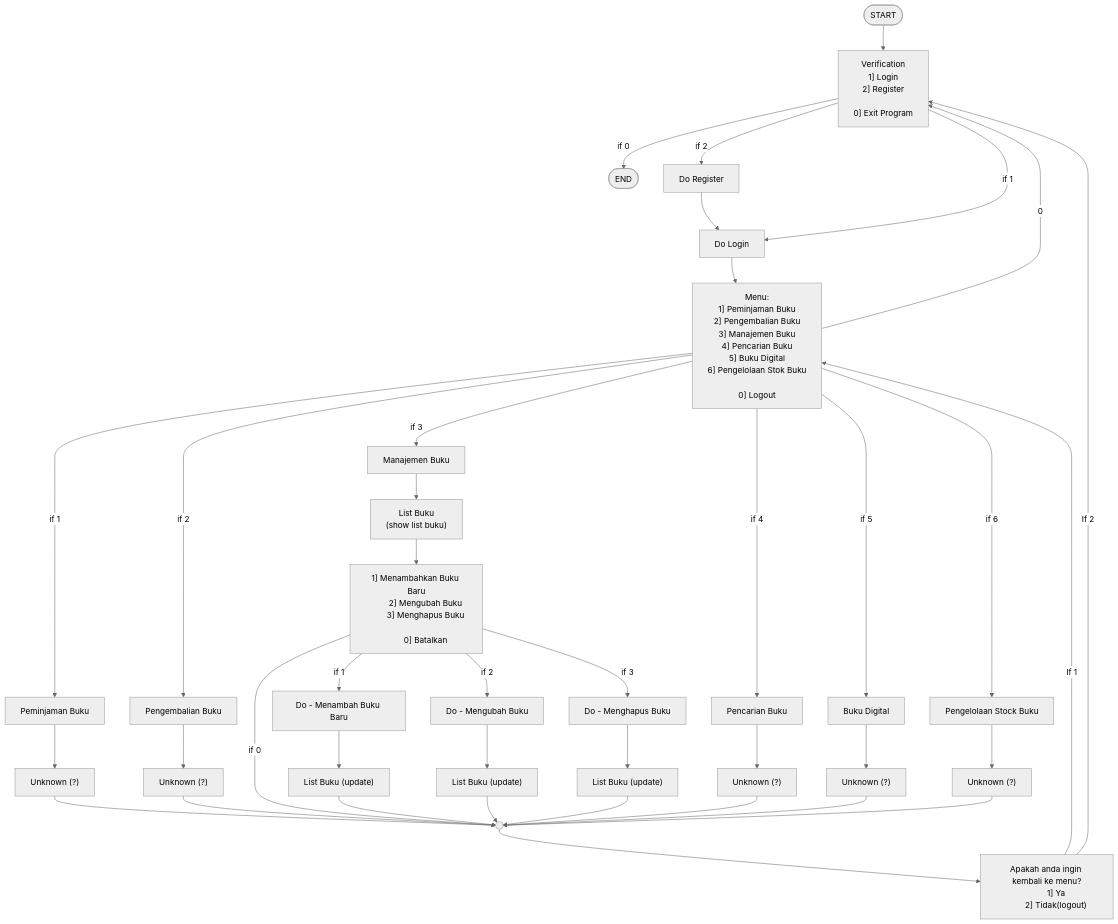
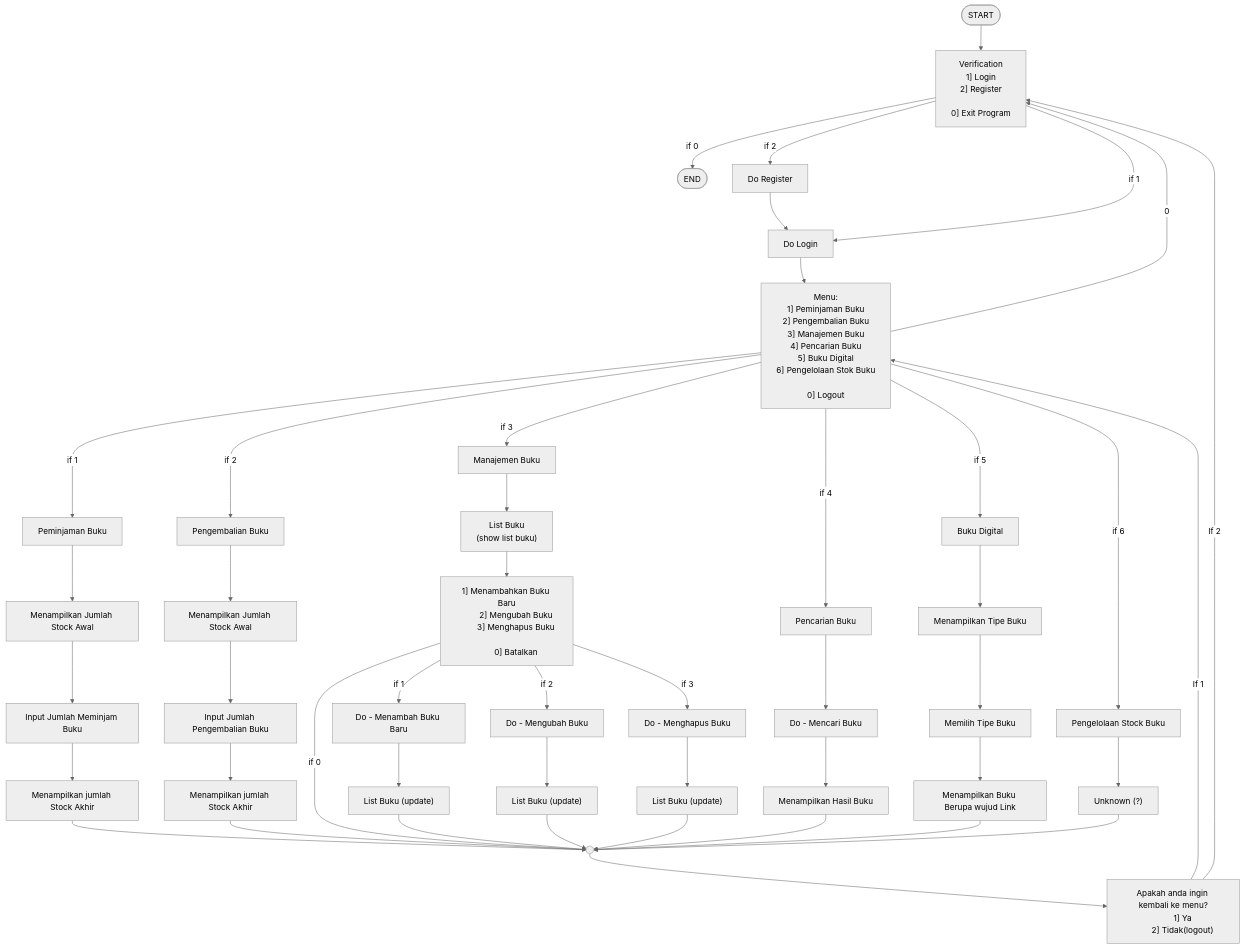
One commit to Dhnillhaq/Project-Sistem-Peminjaman changed the diagram in project-team-flowchart.md. Above: the diagram before and after it, drawn with Mermaid (neutral theme).

Commit message:
feat: update flowchart

```diff
--- a/project-team-flowchart.md
+++ b/project-team-flowchart.md
@@ -51,13 +51,17 @@
 
     %% 1] Peminjaman Buku
     Menu -- if 1 --> PeminjamanBuku["Peminjaman Buku"]
-    PeminjamanBuku --> UnknownPeminjaman["Unknown (?)"]
-    UnknownPeminjaman --> Point((" "))
+    PeminjamanBuku --> JumlahStockAwal["Menampilkan Jumlah Stock Awal"]
+    JumlahStockAwal --> InputJumlahMeminjam["Input Jumlah Meminjam Buku"]
+    InputJumlahMeminjam --> JumlahStockAkhir["Menampilkan jumlah Stock Akhir"]
+    JumlahStockAkhir --> Point((" "))
 
     %% 2] Pengembalian Buku
     Menu -- if 2 --> PengembalianBuku["Pengembalian Buku"]
-    PengembalianBuku --> UnknownPengembalian["Unknown (?)"]
-    UnknownPengembalian --> Point((" "))
+    PengembalianBuku --> JumlahStockAwal2["Menampilkan Jumlah Stock Awal"]
+    JumlahStockAwal2 --> InputJumlahMengembalikan["Input Jumlah Pengembalian Buku"]
+    InputJumlahMengembalikan --> JumlahStockAkhir2["Menampilkan jumlah Stock Akhir"]
+    JumlahStockAkhir2 --> Point((" "))
 
     %% 3] Manajemen Buku
     Menu -- if 3 --> ManajemenBuku["Manajemen Buku"]
@@ -69,30 +73,33 @@
 
         0] Batalkan
     "]
-    %% Batalkan
-    MenuManajemenBuku -- if 0 --> Point((" "))
-    %% Menambah Buku Baru
-    MenuManajemenBuku -- if 1 --> MenambahBukuBaru["Do - Menambah Buku Baru"]
-    MenambahBukuBaru --> ListBukuFinal["List Buku (update)"]
-    ListBukuFinal --> Point((" "))
-    %%Mengubah Buku
-    MenuManajemenBuku -- if 2 --> MengubahBuku["Do - Mengubah Buku"]
-    MengubahBuku --> ListBukuFinal2["List Buku (update)"]
-    ListBukuFinal2 --> Point((" "))
-    %%Menghapus Buku
-    MenuManajemenBuku -- if 3 --> MenghapusBuku["Do - Menghapus Buku"]
-    MenghapusBuku --> ListBukuFinal3["List Buku (update)"]
-    ListBukuFinal3 --> Point((" "))
+        %% Batalkan
+        MenuManajemenBuku -- if 0 --> Point((" "))
+        %% Menambah Buku Baru
+        MenuManajemenBuku -- if 1 --> MenambahBukuBaru["Do - Menambah Buku Baru"]
+        MenambahBukuBaru --> ListBukuFinal["List Buku (update)"]
+        ListBukuFinal --> Point((" "))
+        %%Mengubah Buku
+        MenuManajemenBuku -- if 2 --> MengubahBuku["Do - Mengubah Buku"]
+        MengubahBuku --> ListBukuFinal2["List Buku (update)"]
+        ListBukuFinal2 --> Point((" "))
+        %%Menghapus Buku
+        MenuManajemenBuku -- if 3 --> MenghapusBuku["Do - Menghapus Buku"]
+        MenghapusBuku --> ListBukuFinal3["List Buku (update)"]
+        ListBukuFinal3 --> Point((" "))
     
     %% 4] Pencarian Buku
     Menu -- if 4 --> PencarianBuku["Pencarian Buku"]
-    PencarianBuku --> UnknownPencarian["Unknown (?)"]
-    UnknownPencarian --> Point((" "))
+    PencarianBuku --> MencariBuku["Do - Mencari Buku"]
+    MencariBuku --> HasilBukuTemuan["Menampilkan Hasil Buku"]
+    HasilBukuTemuan --> Point((" "))
 
     %% 5] Buku Digital
     Menu -- if 5 --> BukuDigital["Buku Digital"]
-    BukuDigital --> UnknownBukuDigital["Unknown (?)"]
-    UnknownBukuDigital --> Point((" "))
+    BukuDigital --> MeanmpilkanTipeBuku["Menampilkan Tipe Buku"]
+    MeanmpilkanTipeBuku -->  MemilihTipeBuku["Memilih Tipe Buku"]
+    MemilihTipeBuku --> TampilkananBuku["Menampilkan Buku Berupa wujud Link"]
+    TampilkananBuku --> Point((" "))
     
     %% 6] Pengelolaan Stok Buku
     Menu -- if 6 --> PengelolaanStockBuku["Pengelolaan Stock Buku"]
```
